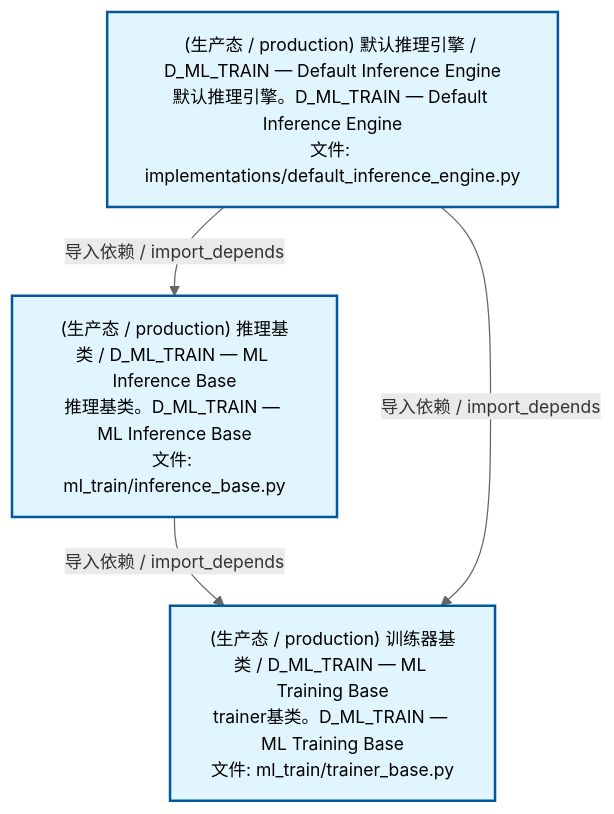
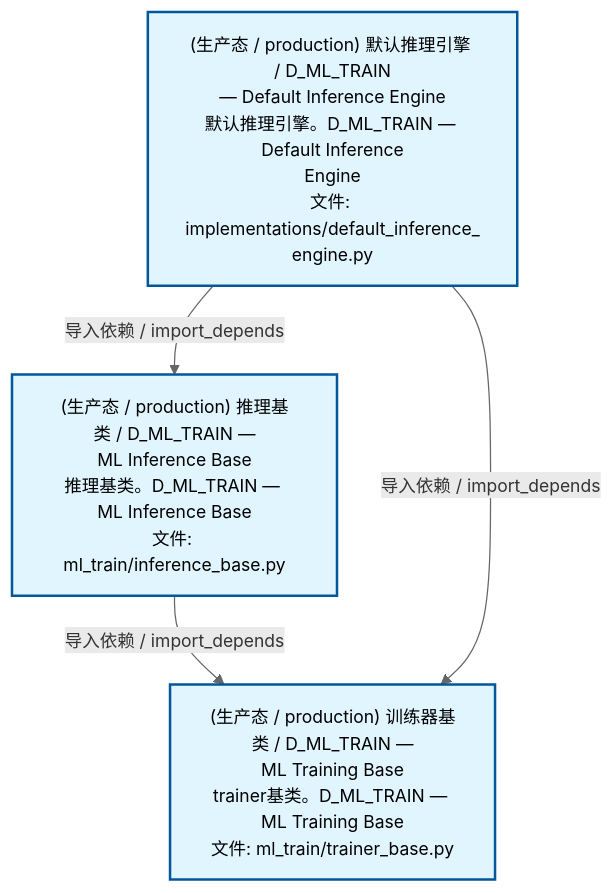
Before and after one commit to xuanFelixVan/ZephyrAlpha: the second of 4 diagrams in docs/02_enterprise_architecture/02_domain_architecture_docs/61_d_ml_train.md, drawn with Mermaid. The commit also changed other lines of this file and 61 other files, not shown here.

````diff
--- a/docs/02_enterprise_architecture/02_domain_architecture_docs/61_d_ml_train.md
+++ b/docs/02_enterprise_architecture/02_domain_architecture_docs/61_d_ml_train.md
@@ -99,15 +99,15 @@
 ```mermaid
 %%{init: {'theme': 'base', 'themeVariables': {'primaryColor': '#eaeaea', 'primaryTextColor': '#333333', 'primaryBorderColor': '#666666', 'lineColor': '#666666', 'secondaryColor': '#eaeaea', 'tertiaryColor': '#eaeaea', 'fontSize': '14px'}}}%%
 flowchart TD
-    src_zephyr_ml_train_implementations_default_inference_engine_py["(生产态 / production) 默认推理引擎 / D_ML_TRAIN — Default Inference Engine<br/>默认推理引擎。D_ML_TRAIN — Default Inference Engine<br/>文件: implementations/default_inference_engine.py"]
-    src_zephyr_ml_train_inference_base_py["(生产态 / production) 推理基类 / D_ML_TRAIN — ML Inference Base<br/>推理基类。D_ML_TRAIN — ML Inference Base<br/>文件: ml_train/inference_base.py"]
-    src_zephyr_ml_train_trainer_base_py["(生产态 / production) 训练器基类 / D_ML_TRAIN — ML Training Base<br/>trainer基类。D_ML_TRAIN — ML Training Base<br/>文件: ml_train/trainer_base.py"]
+    src_zephyr_ml_train_implementations_default_inference_engine_py["(生产态 / production) 默认推理引擎 / D_ML_TRAIN<br/>— Default Inference Engine<br/>默认推理引擎。D_ML_TRAIN — Default Inference<br/>Engine<br/>文件: implementations/default_inference_<br/>engine.py"]
+    src_zephyr_ml_train_inference_base_py["(生产态 / production) 推理基类 / D_ML_TRAIN —<br/>ML Inference Base<br/>推理基类。D_ML_TRAIN — ML Inference Base<br/>文件: ml_train/inference_base.py"]
+    src_zephyr_ml_train_trainer_base_py["(生产态 / production) 训练器基类 / D_ML_TRAIN —<br/>ML Training Base<br/>trainer基类。D_ML_TRAIN — ML Training Base<br/>文件: ml_train/trainer_base.py"]
     src_zephyr_ml_train_inference_base_py -->|导入依赖 / import_depends| src_zephyr_ml_train_trainer_base_py
+    src_zephyr_ml_train_implementations_default_inference_engine_py -->|导入依赖 / import_depends| src_zephyr_ml_train_inference_base_py
     src_zephyr_ml_train_implementations_default_inference_engine_py -->|导入依赖 / import_depends| src_zephyr_ml_train_trainer_base_py
-    src_zephyr_ml_train_implementations_default_inference_engine_py -->|导入依赖 / import_depends| src_zephyr_ml_train_inference_base_py
     classDef production fill:#e1f5fe,stroke:#01579b,stroke-width:2px,color:#000
     classDef design fill:#fff3e0,stroke:#e65100,stroke-width:2px,color:#000,stroke-dasharray: 5 5
     classDef external_prod fill:#e8f4fd,stroke:#0277bd,stroke-width:1px,color:#000
     classDef external_design fill:#fff8e7,stroke:#ef6c00,stroke-width:1px,color:#000,stroke-dasharray: 5 5
     class src_zephyr_ml_train_implementations_default_inference_engine_py,src_zephyr_ml_train_inference_base_py,src_zephyr_ml_train_trainer_base_py production
 ```
````
